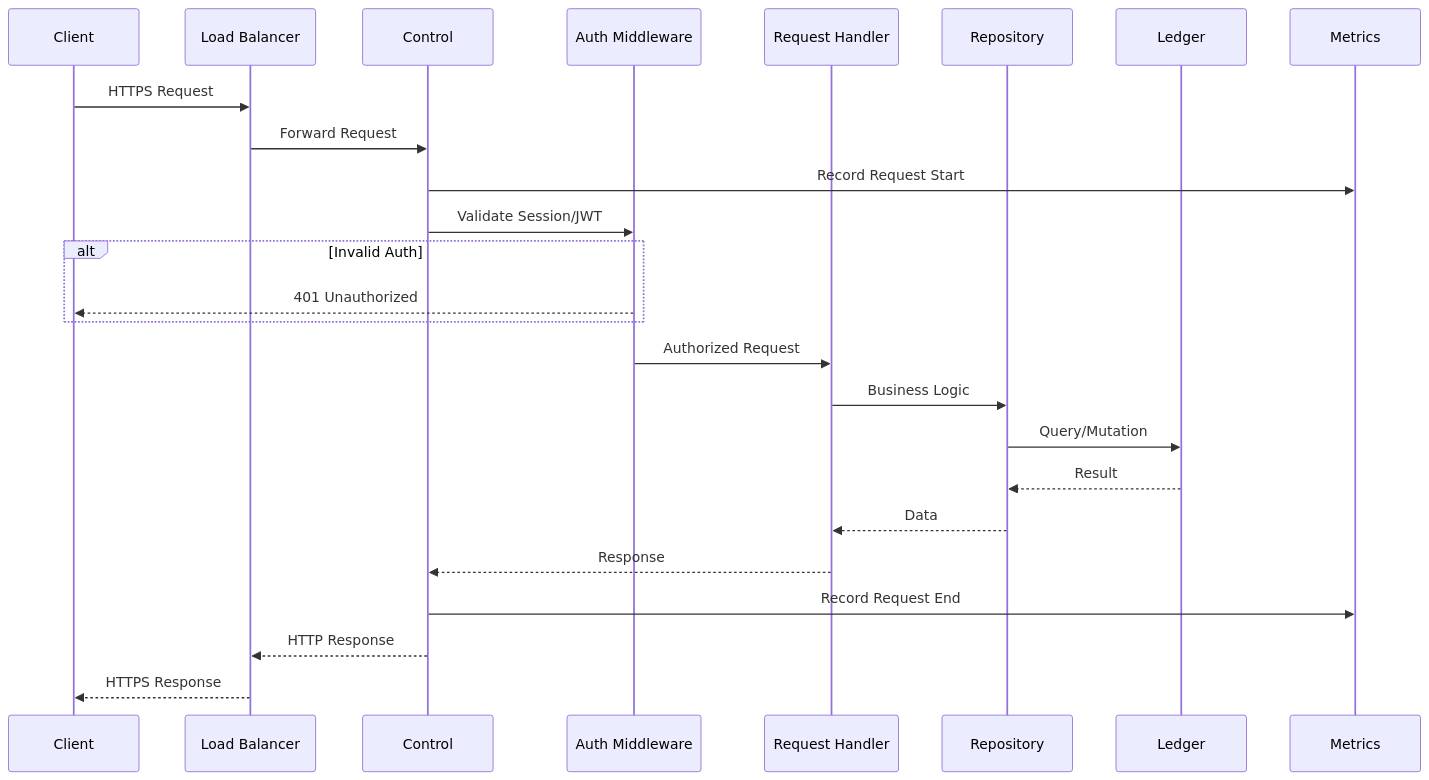
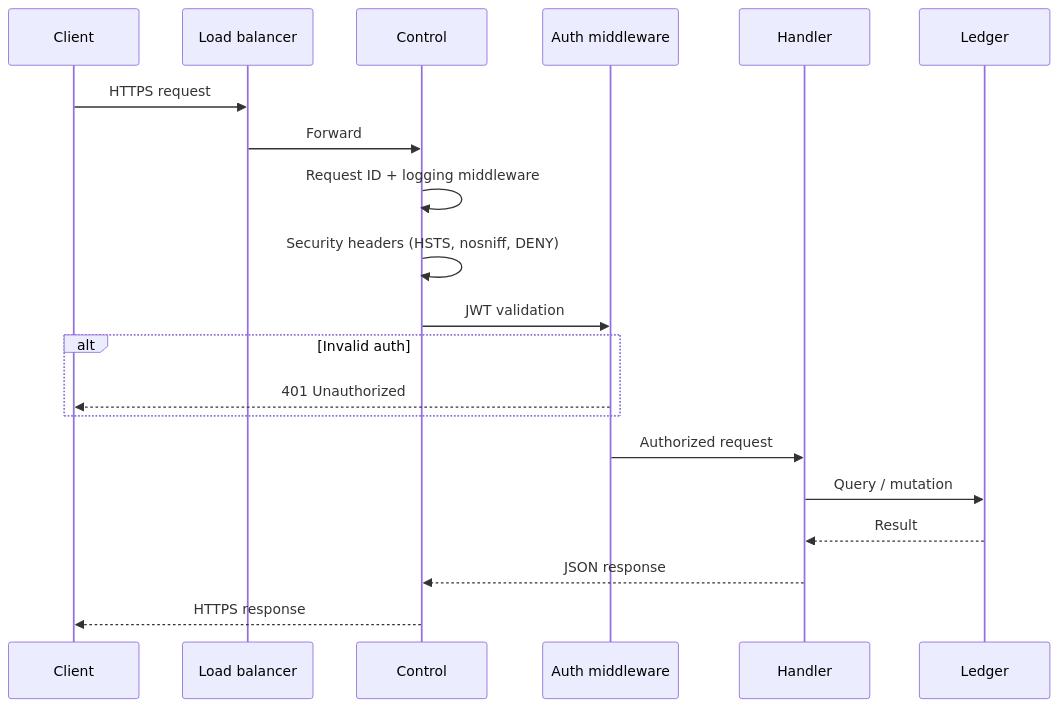
One commit to inferadb/control changed the fifth of 5 diagrams in docs/architecture.md. Above: the diagram before and after it, drawn with Mermaid. The commit also changed other lines of this file and 46 other files, not shown here.

````diff
--- a/docs/architecture.md
+++ b/docs/architecture.md
@@ -397,34 +221,25 @@
 ```mermaid
 sequenceDiagram
     participant Client
-    participant LB as Load Balancer
+    participant LB as Load balancer
     participant API as Control
-    participant Auth as Auth Middleware
-    participant Handler as Request Handler
-    participant Repo as Repository
+    participant Auth as Auth middleware
+    participant Handler as Handler
     participant DB as Ledger
-    participant Metrics
 
-    Client->>LB: HTTPS Request
-    LB->>API: Forward Request
+    Client->>LB: HTTPS request
+    LB->>API: Forward
+    API->>API: Request ID + logging middleware
+    API->>API: Security headers (HSTS, nosniff, DENY)
+    API->>Auth: JWT validation
 
-    API->>Metrics: Record Request Start
-    API->>Auth: Validate Session/JWT
-
-    alt Invalid Auth
+    alt Invalid auth
         Auth-->>Client: 401 Unauthorized
     end
 
-    Auth->>Handler: Authorized Request
-    Handler->>Repo: Business Logic
-
-    Repo->>DB: Query/Mutation
-    DB-->>Repo: Result
-
-    Repo-->>Handler: Data
-    Handler-->>API: Response
-
-    API->>Metrics: Record Request End
-    API-->>LB: HTTP Response
-    LB-->>Client: HTTPS Response
+    Auth->>Handler: Authorized request
+    Handler->>DB: Query / mutation
+    DB-->>Handler: Result
+    Handler-->>API: JSON response
+    API-->>Client: HTTPS response
 ```
````
